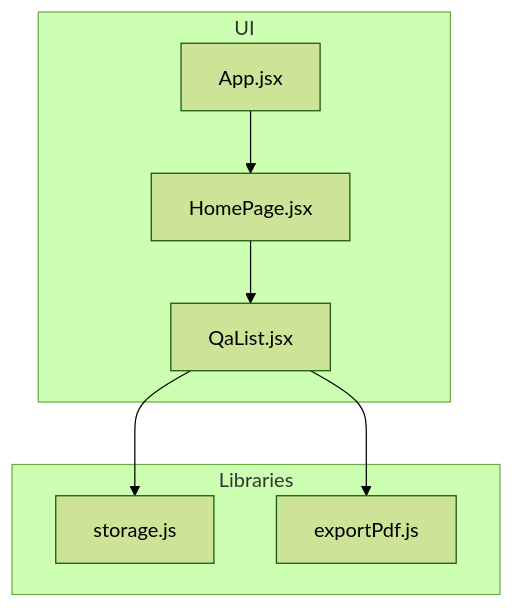
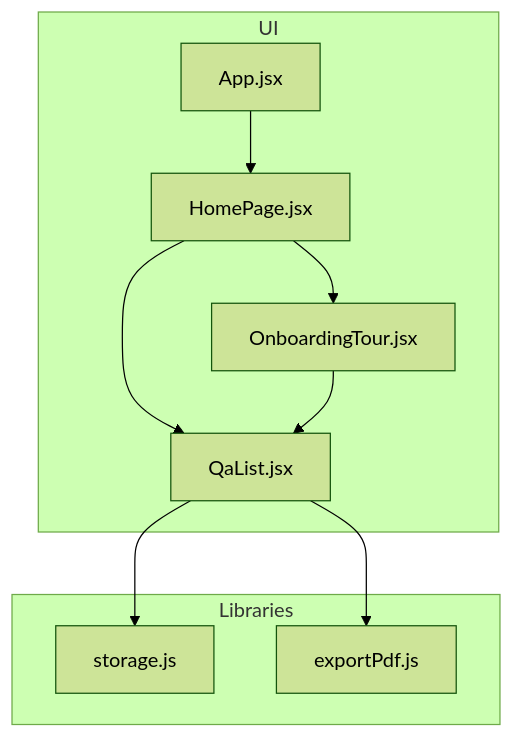
The first of 4 diagrams in .qoder/repowiki/en/content/Core Features/Interview Question Generator/Question List Management.md (zmyeo54/briefroom), drawn with Mermaid (forest theme) before and after one commit. The commit also changed other lines of this file and 32 other files, not shown here.

````diff
--- a/.qoder/repowiki/en/content/Core Features/Interview Question Generator/Question List Management.md
+++ b/.qoder/repowiki/en/content/Core Features/Interview Question Generator/Question List Management.md
@@ -35,16 +45,19 @@
 ```mermaid
 graph TB
 subgraph "UI"
 A["App.jsx"]
 B["HomePage.jsx"]
 C["QaList.jsx"]
+D["OnboardingTour.jsx"]
 end
 subgraph "Libraries"
-D["storage.js"]
-E["exportPdf.js"]
+E["storage.js"]
+F["exportPdf.js"]
 end
 A --> B
 B --> C
-C --> D
+B --> D
 C --> E
+C --> F
+D --> C
 ```
````
